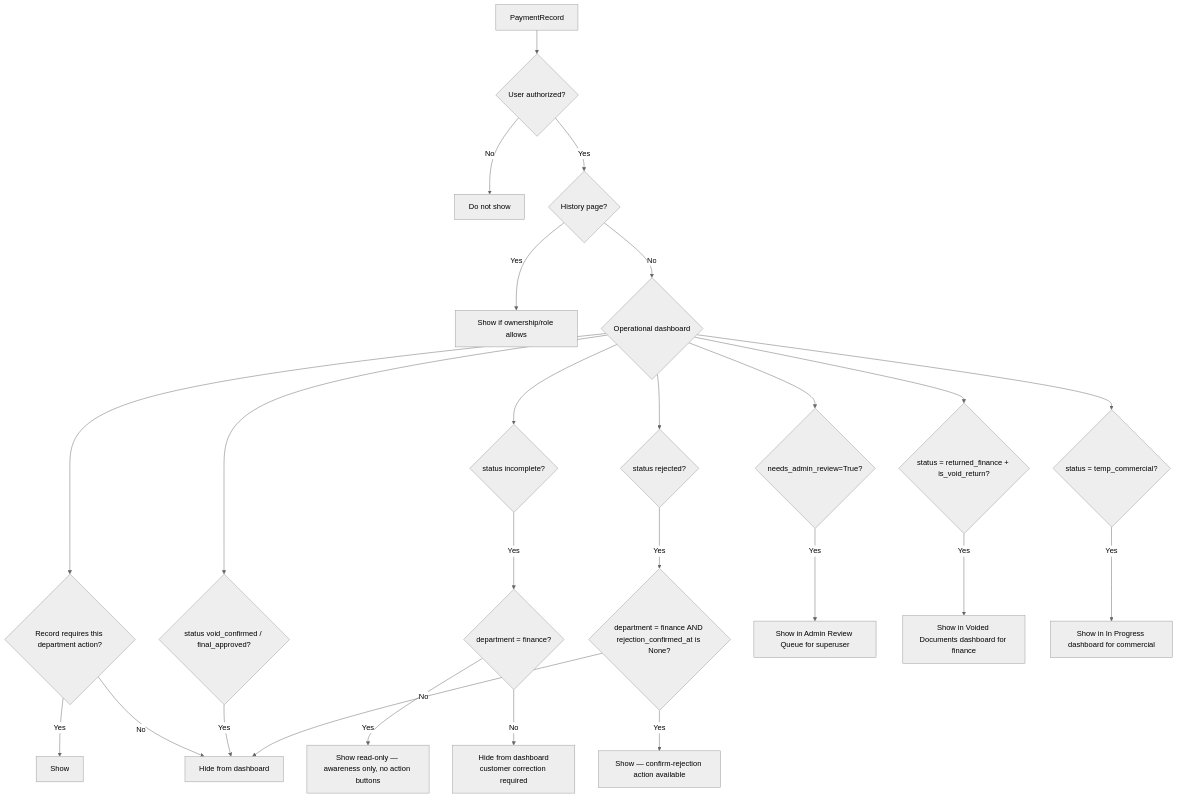
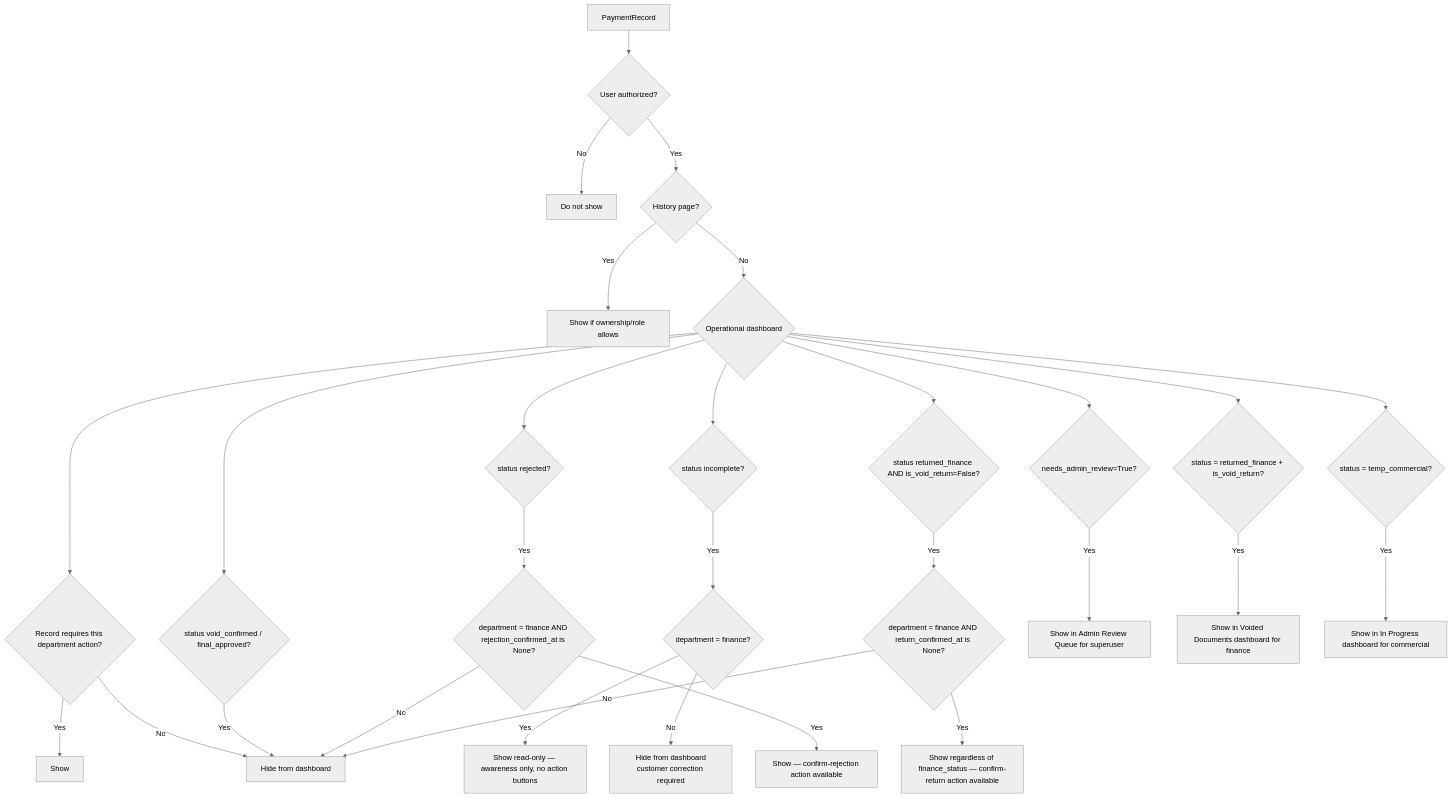
Before and after one commit to Aramousa/payment_app: the third of 3 diagrams in core/docs/payment_receipt_workflow_flowchart.md, drawn with Mermaid (neutral theme). The commit also changed other lines of this file and 7 other files, not shown here.

````diff
--- a/core/docs/payment_receipt_workflow_flowchart.md
+++ b/core/docs/payment_receipt_workflow_flowchart.md
@@ -211,27 +228,31 @@
 ```mermaid
 flowchart TD
     A[PaymentRecord] --> B{User authorized?}
     B -- No --> C[Do not show]
     B -- Yes --> D{History page?}
     D -- Yes --> E[Show if ownership/role allows]
     D -- No --> F{Operational dashboard}
     F --> G{Record requires this department action?}
     G -- Yes --> H[Show]
     G -- No --> I[Hide from dashboard]
     F --> J{status void_confirmed / final_approved?}
     J -- Yes --> I
     F --> K{status incomplete?}
     K -- Yes --> K1{department = finance?}
     K1 -- Yes --> K2[Show read-only — awareness only, no action buttons]
     K1 -- No --> L[Hide from dashboard<br/>customer correction required]
     F --> S{status rejected?}
     S -- Yes --> S1{department = finance AND rejection_confirmed_at is None?}
     S1 -- Yes --> S2[Show — confirm-rejection action available]
     S1 -- No --> I
+    F --> T{status returned_finance AND is_void_return=False?}
+    T -- Yes --> T1{department = finance AND return_confirmed_at is None?}
+    T1 -- Yes --> T2[Show regardless of finance_status — confirm-return action available]
+    T1 -- No --> I
     F --> M{needs_admin_review=True?}
     M -- Yes --> N[Show in Admin Review Queue for superuser]
     F --> O{status = returned_finance + is_void_return?}
     O -- Yes --> P[Show in Voided Documents dashboard for finance]
     F --> Q{status = temp_commercial?}
     Q -- Yes --> R[Show in In Progress dashboard for commercial]
 ```
````
